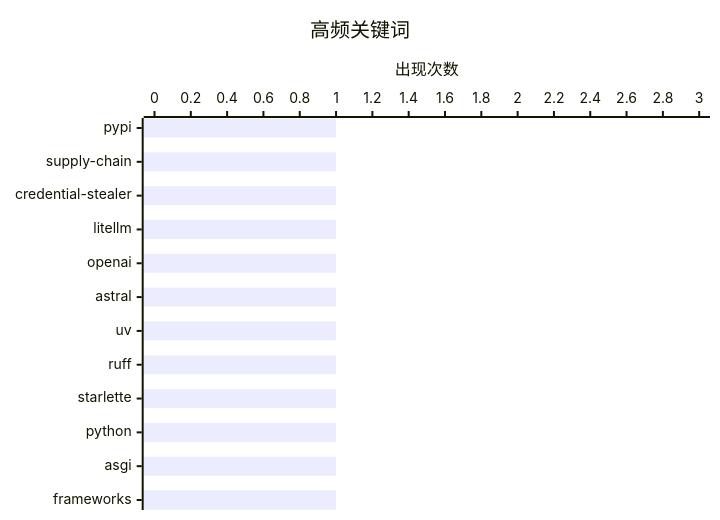
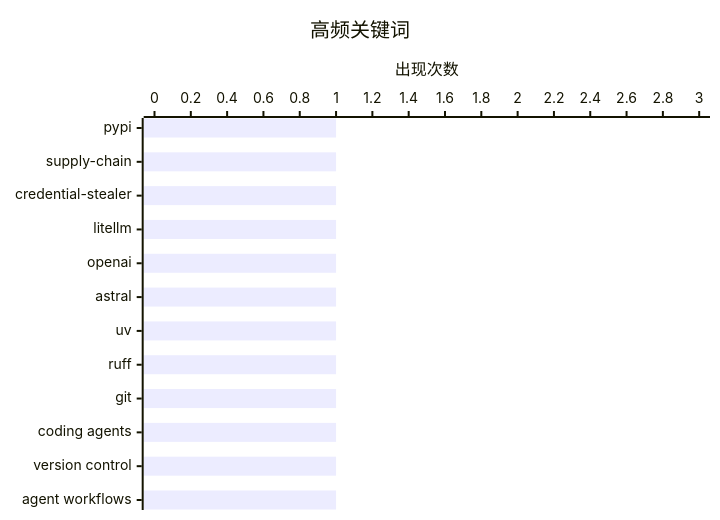
One commit to originem0/SZBlog changed the second of 2 diagrams in content/ai-daily/2026-03-20.md. Above: the diagram before and after it, drawn with Mermaid. The commit also changed other lines of this file, not shown here.

````diff
--- a/content/ai-daily/2026-03-20.md
+++ b/content/ai-daily/2026-03-20.md
@@ -67,7 +67,7 @@
 ```mermaid
 xychart-beta horizontal
     title "高频关键词"
-    x-axis ["pypi", "supply-chain", "credential-stealer", "litellm", "openai", "astral", "uv", "ruff", "starlette", "python", "asgi", "frameworks"]
+    x-axis ["pypi", "supply-chain", "credential-stealer", "litellm", "openai", "astral", "uv", "ruff", "git", "coding agents", "version control", "agent workflows"]
     y-axis "出现次数" 0 --> 3
     bar [1, 1, 1, 1, 1, 1, 1, 1, 1, 1, 1, 1]
 ```
````
